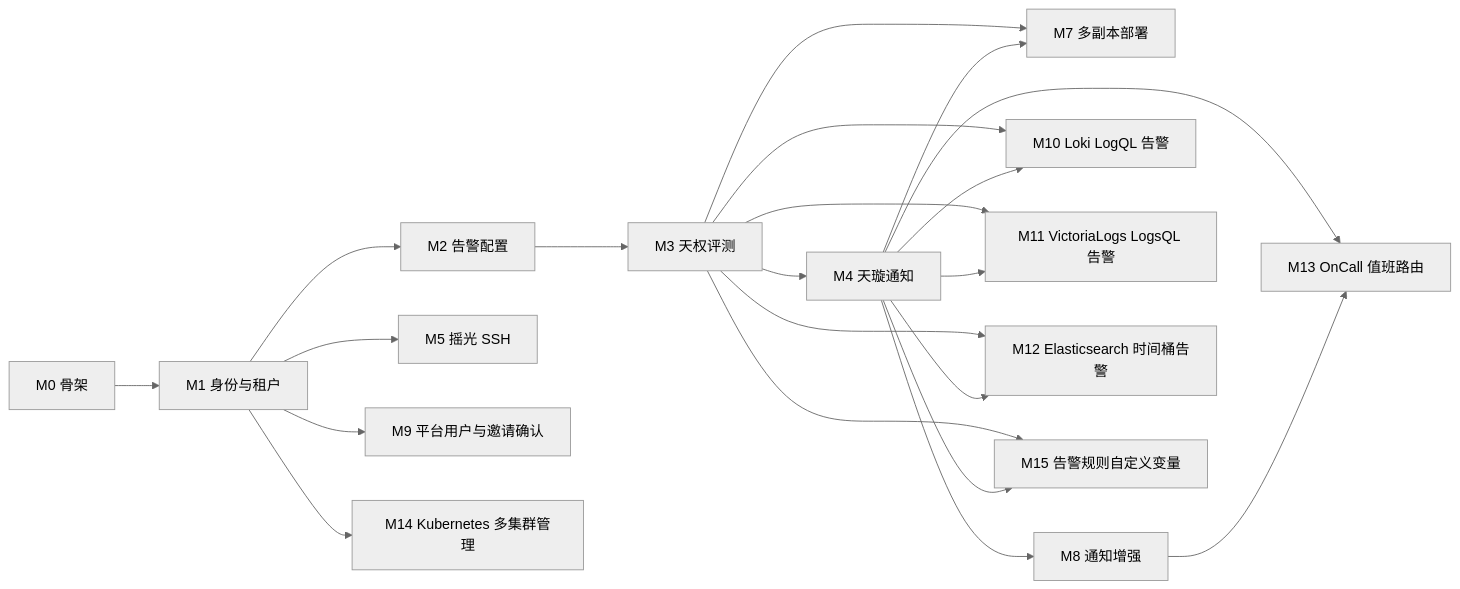
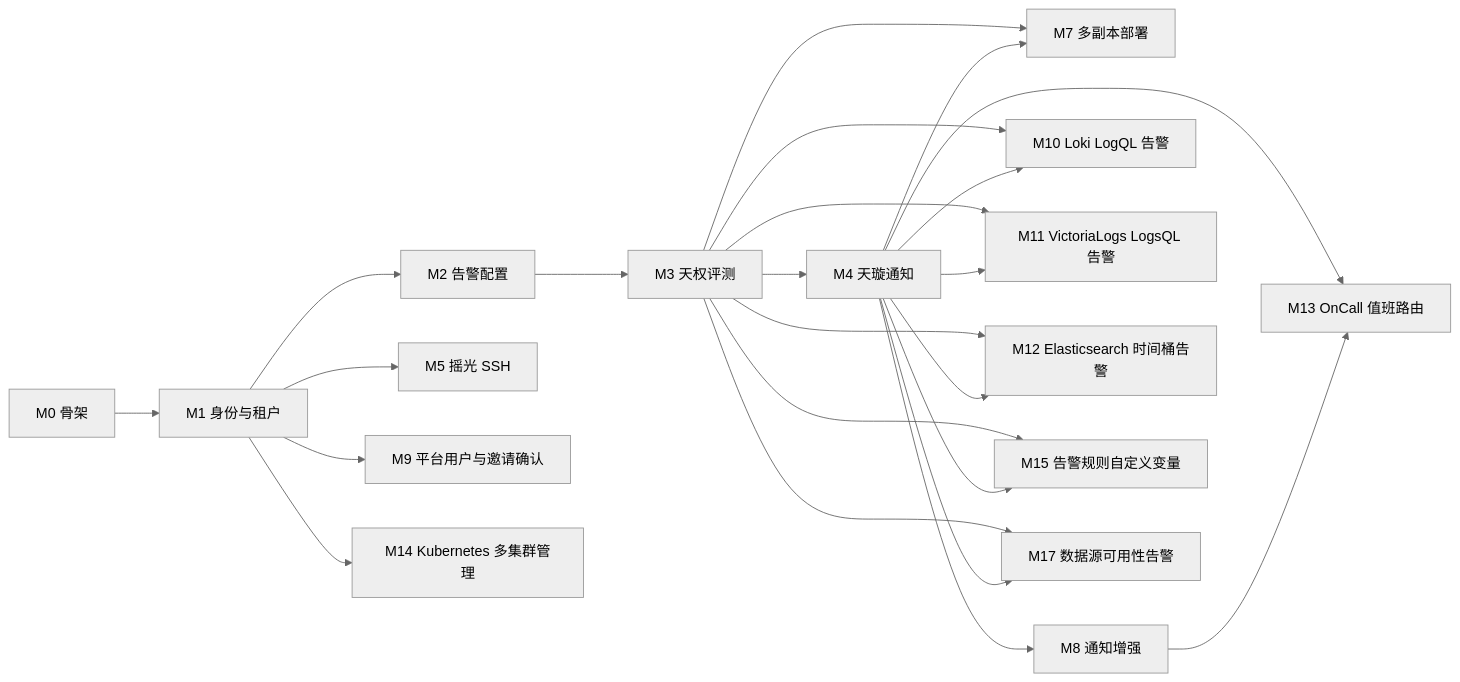
Before and after one commit to aide-family/moon: the diagram in docs/roadmap.md, drawn with Mermaid (neutral theme). The commit also changed other lines of this file and 52 other files, not shown here.

````diff
--- a/docs/roadmap.md
+++ b/docs/roadmap.md
@@ -41,35 +42,38 @@
 ```mermaid
 flowchart LR
   m0[M0 骨架]
   m1[M1 身份与租户]
   m2[M2 告警配置]
   m3[M3 天权评测]
   m4[M4 天璇通知]
   m5[M5 摇光 SSH]
   m7[M7 多副本部署]
   m8[M8 通知增强]
   m9[M9 平台用户与邀请确认]
   m10[M10 Loki LogQL 告警]
   m11[M11 VictoriaLogs LogsQL 告警]
   m12[M12 Elasticsearch 时间桶告警]
   m13[M13 OnCall 值班路由]
   m14[M14 Kubernetes 多集群管理]
   m15[M15 告警规则自定义变量]
+  m17[M17 数据源可用性告警]
   m0 --> m1 --> m2 --> m3 --> m4
   m1 --> m5
   m1 --> m9
   m1 --> m14
   m3 --> m7
   m4 --> m7
   m4 --> m8
   m3 --> m10
   m4 --> m10
   m3 --> m11
   m4 --> m11
   m3 --> m12
   m4 --> m12
   m4 --> m13
   m8 --> m13
   m3 --> m15
   m4 --> m15
+  m3 --> m17
+  m4 --> m17
 ```
````
